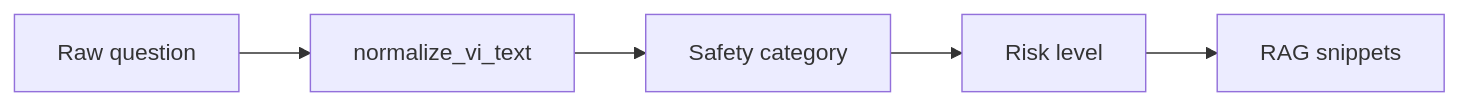
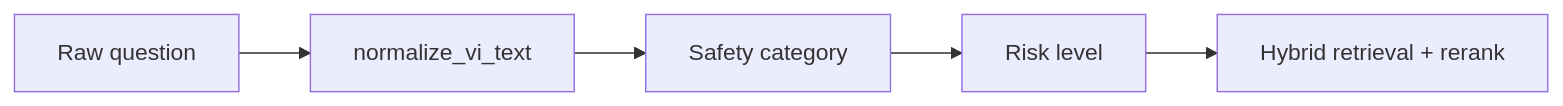
One commit to QuangVoAI/medical-llm-medication-safety-vi changed the second of 4 diagrams in docs/PIPELINE.md. Above: the diagram before and after it, drawn with Mermaid. The commit also changed other lines of this file and 20 other files, not shown here.

Commit message:
Add controlled agentic hybrid RAG pipeline

````diff
--- a/docs/PIPELINE.md
+++ b/docs/PIPELINE.md
@@ -23,7 +23,7 @@
 ```mermaid
 flowchart LR
     A["Raw question"] --> B["normalize_vi_text"]
     B --> C["Safety category"]
     C --> D["Risk level"]
-    D --> E["RAG snippets"]
+    D --> E["Hybrid retrieval + rerank"]
 ```
````
